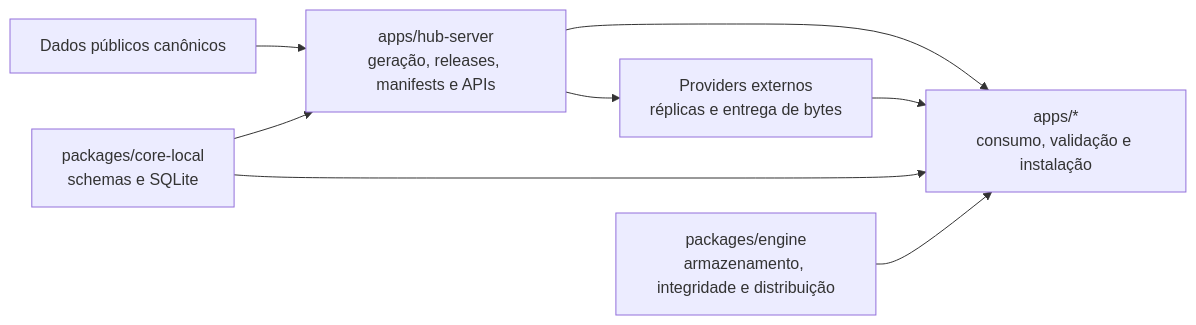
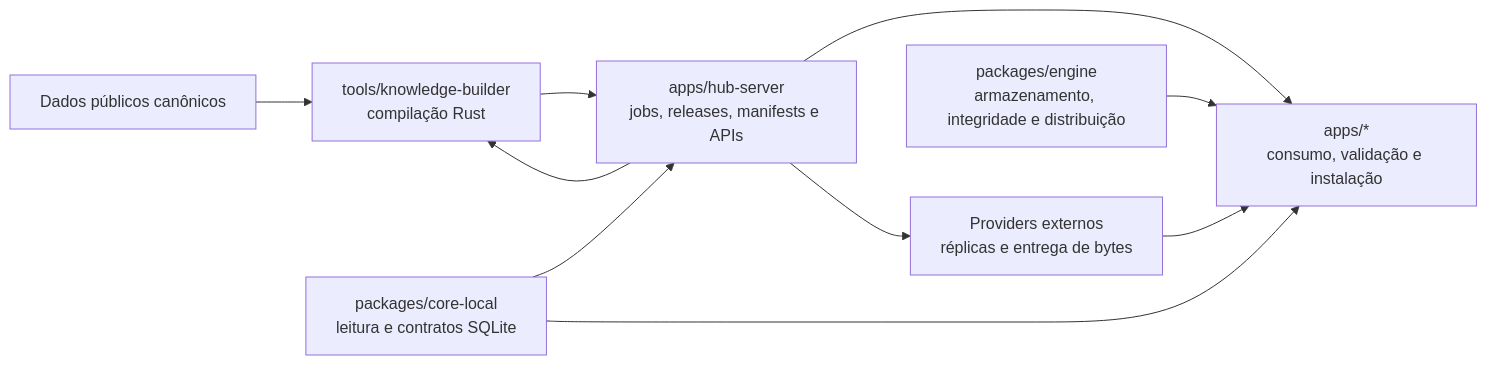
Before and after one commit to migmoroni/veterinary-clinic: the third of 3 diagrams in docs/plans/hub-server/README.md, drawn with Mermaid. The commit also changed other lines of this file and 7 other files, not shown here.

Commit message:
docs: hub-server plans 4

````diff
--- a/docs/plans/hub-server/README.md
+++ b/docs/plans/hub-server/README.md
@@ -117,10 +123,12 @@
 ```mermaid
 flowchart LR
-    DATA["Dados públicos canônicos"] --> HUB["apps/hub-server<br/>geração, releases, manifests e APIs"]
+    DATA["Dados públicos canônicos"] --> BUILDER["tools/knowledge-builder<br/>compilação Rust"]
+    HUB["apps/hub-server<br/>jobs, releases, manifests e APIs"] --> BUILDER
+    BUILDER --> HUB
     HUB --> APP["apps/*<br/>consumo, validação e instalação"]
     HUB --> PROVIDERS["Providers externos<br/>réplicas e entrega de bytes"]
     PROVIDERS --> APP
-    CORE["packages/core-local<br/>schemas e SQLite"] --> HUB
+    CORE["packages/core-local<br/>leitura e contratos SQLite"] --> HUB
     CORE --> APP
     ENGINE["packages/engine<br/>armazenamento, integridade e distribuição"] --> APP
 ```
````
